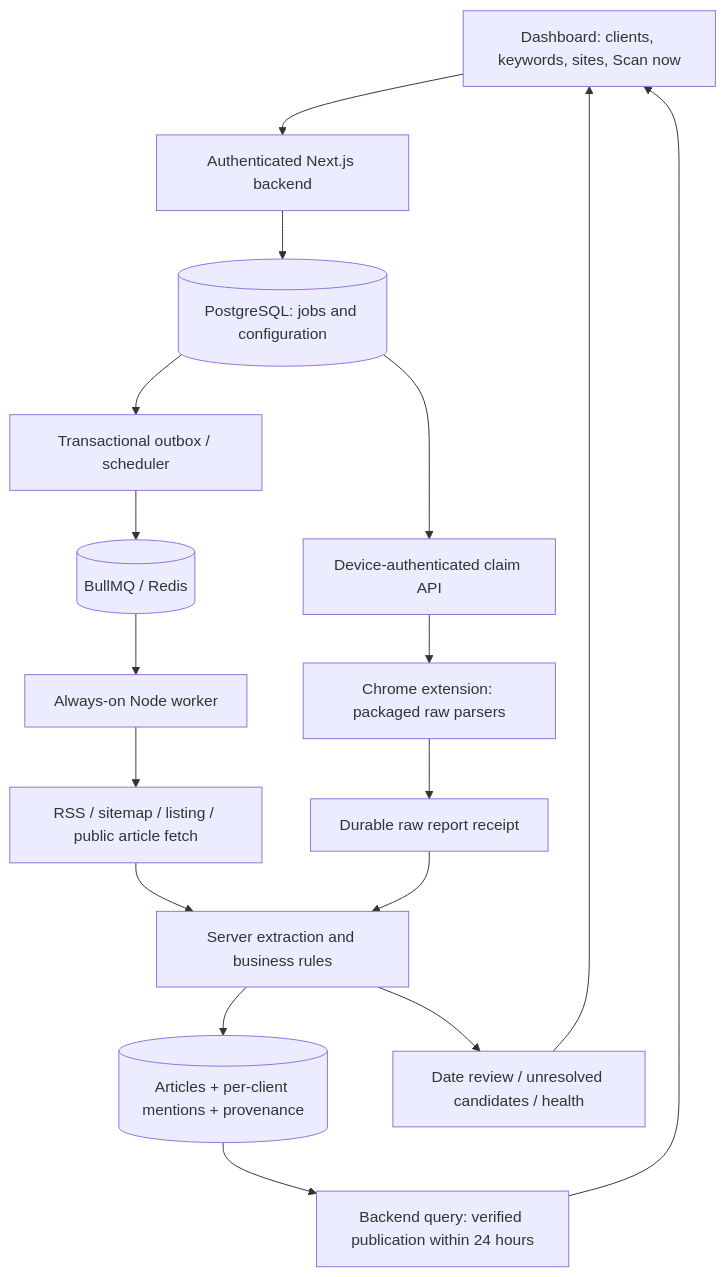
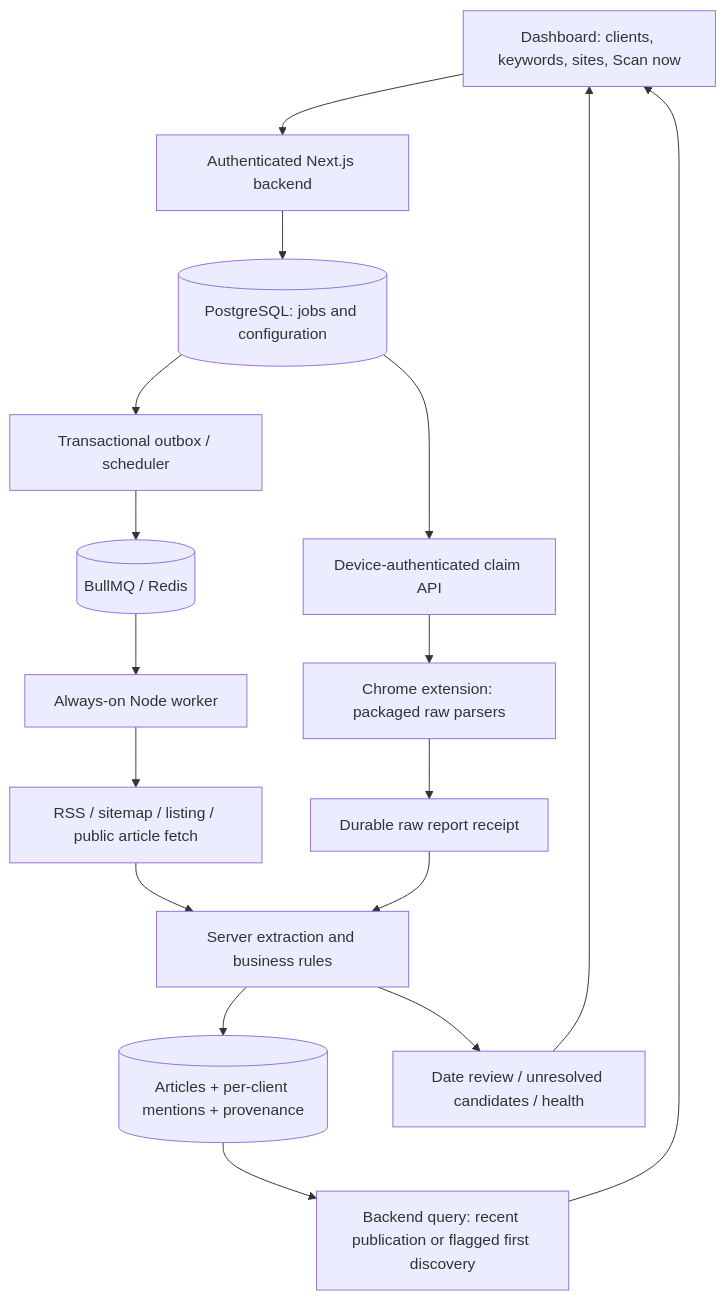
The diagram in PLAN.md (ixaman/brand-monitor), drawn with Mermaid before and after one commit. The commit also changed other lines of this file and 34 other files, not shown here.

````diff
--- a/PLAN.md
+++ b/PLAN.md
@@ -35,19 +37,19 @@
 ```mermaid
 flowchart TD
     UI[Dashboard: clients, keywords, sites, Scan now] --> API[Authenticated Next.js backend]
     API --> DB[(PostgreSQL: jobs and configuration)]
     DB --> OUT[Transactional outbox / scheduler]
     OUT --> Q[(BullMQ / Redis)]
     Q --> WORKER[Always-on Node worker]
     WORKER --> HTTP[RSS / sitemap / listing / public article fetch]
     DB --> CLAIM[Device-authenticated claim API]
     CLAIM --> EXT[Chrome extension: packaged raw parsers]
     EXT --> RECEIPT[Durable raw report receipt]
     HTTP --> PIPE[Server extraction and business rules]
     RECEIPT --> PIPE
     PIPE --> STORE[(Articles + per-client mentions + provenance)]
-    STORE --> FEED[Backend query: verified publication within 24 hours]
+    STORE --> FEED[Backend query: recent publication or flagged first discovery]
     FEED --> UI
     PIPE --> HEALTH[Date review / unresolved candidates / health]
     HEALTH --> UI
 ```
````
